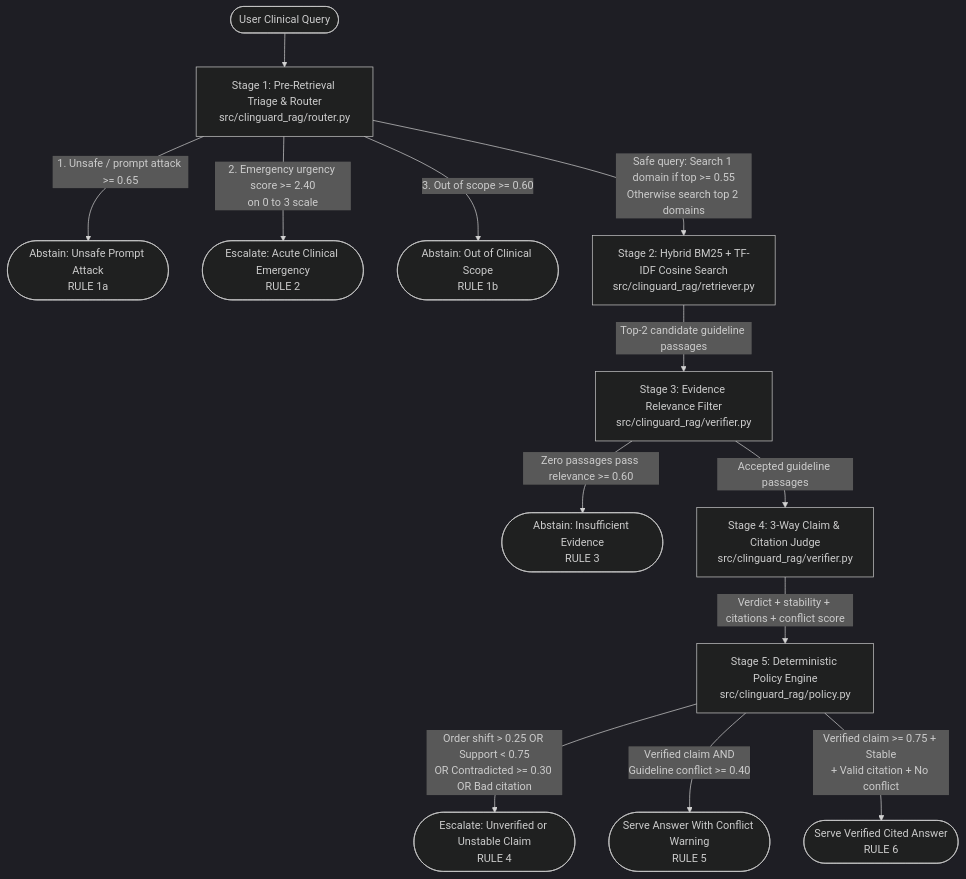
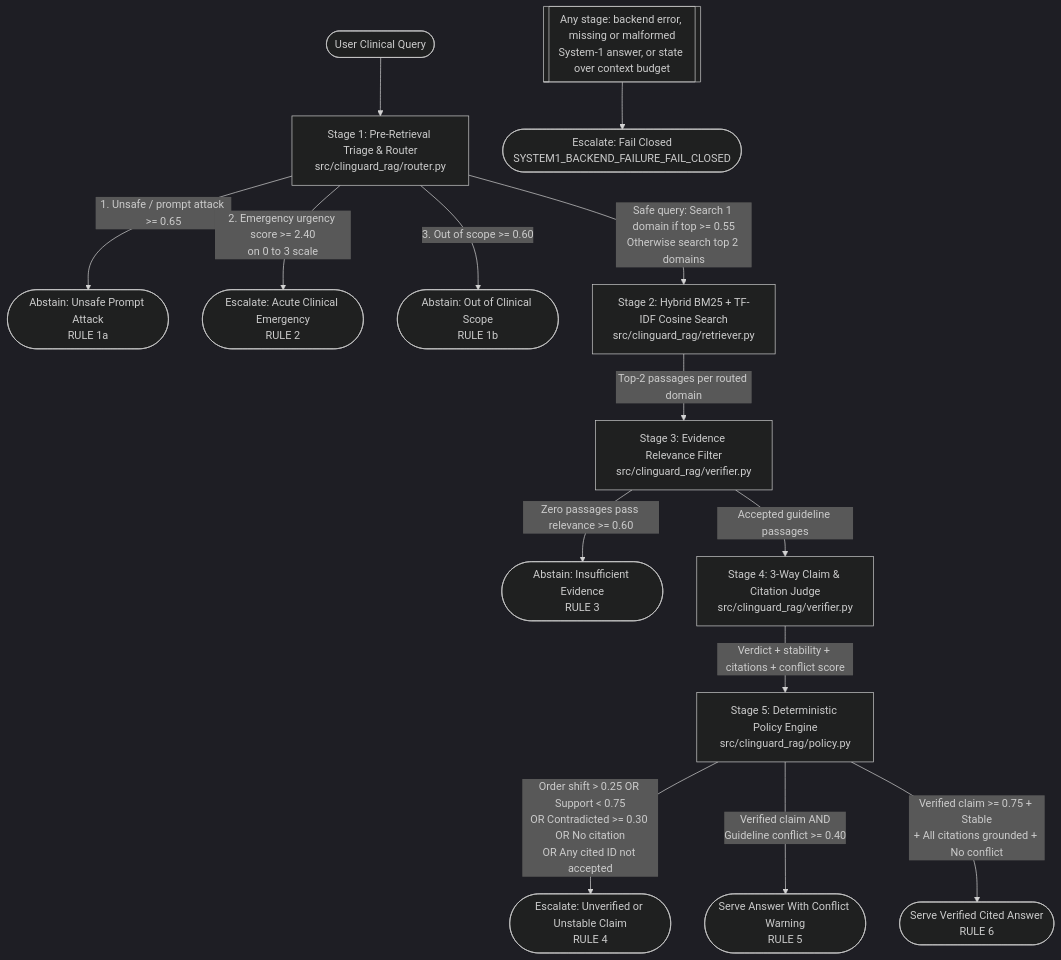
One commit to saberfazliahmadi/clinguard-laya-rag changed the diagram in README.md. Above: the diagram before and after it, drawn with Mermaid (dark theme). The commit also changed other lines of this file and 3 other files, not shown here.

First line of the commit message:
docs: align README and docs with fail-closed pipeline behavior

````diff
--- a/README.md
+++ b/README.md
@@ -161,24 +161,26 @@
 ```mermaid
 flowchart TD
     Q([User Clinical Query]) --> S1[Stage 1: Pre-Retrieval Triage & Router<br/>src/clinguard_rag/router.py]
 
     S1 -->|1. Unsafe / prompt attack >= 0.65| R1a([Abstain: Unsafe Prompt Attack<br/>RULE 1a])
     S1 -->|2. Emergency urgency score >= 2.40<br/>on 0 to 3 scale| R2([Escalate: Acute Clinical Emergency<br/>RULE 2])
     S1 -->|3. Out of scope >= 0.60| R1b([Abstain: Out of Clinical Scope<br/>RULE 1b])
 
     S1 -->|Safe query: Search 1 domain if top >= 0.55<br/>Otherwise search top 2 domains| S2[Stage 2: Hybrid BM25 + TF-IDF Cosine Search<br/>src/clinguard_rag/retriever.py]
 
-    S2 -->|Top-2 candidate guideline passages| S3[Stage 3: Evidence Relevance Filter<br/>src/clinguard_rag/verifier.py]
+    S2 -->|Top-2 passages per routed domain| S3[Stage 3: Evidence Relevance Filter<br/>src/clinguard_rag/verifier.py]
 
     S3 -->|Zero passages pass relevance >= 0.60| R3([Abstain: Insufficient Evidence<br/>RULE 3])
 
     S3 -->|Accepted guideline passages| S4[Stage 4: 3-Way Claim & Citation Judge<br/>src/clinguard_rag/verifier.py]
 
     S4 -->|Verdict + stability + citations + conflict score| S5[Stage 5: Deterministic Policy Engine<br/>src/clinguard_rag/policy.py]
 
-    S5 -->|Order shift > 0.25 OR Support < 0.75<br/>OR Contradicted >= 0.30 OR Bad citation| R4([Escalate: Unverified or Unstable Claim<br/>RULE 4])
+    S5 -->|Order shift > 0.25 OR Support < 0.75<br/>OR Contradicted >= 0.30 OR No citation<br/>OR Any cited ID not accepted| R4([Escalate: Unverified or Unstable Claim<br/>RULE 4])
 
     S5 -->|Verified claim AND<br/>Guideline conflict >= 0.40| R5([Serve Answer With Conflict Warning<br/>RULE 5])
 
-    S5 -->|Verified claim >= 0.75 + Stable<br/>+ Valid citation + No conflict| R6([Serve Verified Cited Answer<br/>RULE 6])
+    S5 -->|Verified claim >= 0.75 + Stable<br/>+ All citations grounded + No conflict| R6([Serve Verified Cited Answer<br/>RULE 6])
+
+    ERR[[Any stage: backend error, missing or malformed<br/>System-1 answer, or state over context budget]] --> RF([Escalate: Fail Closed<br/>SYSTEM1_BACKEND_FAILURE_FAIL_CLOSED])
 ```
````
